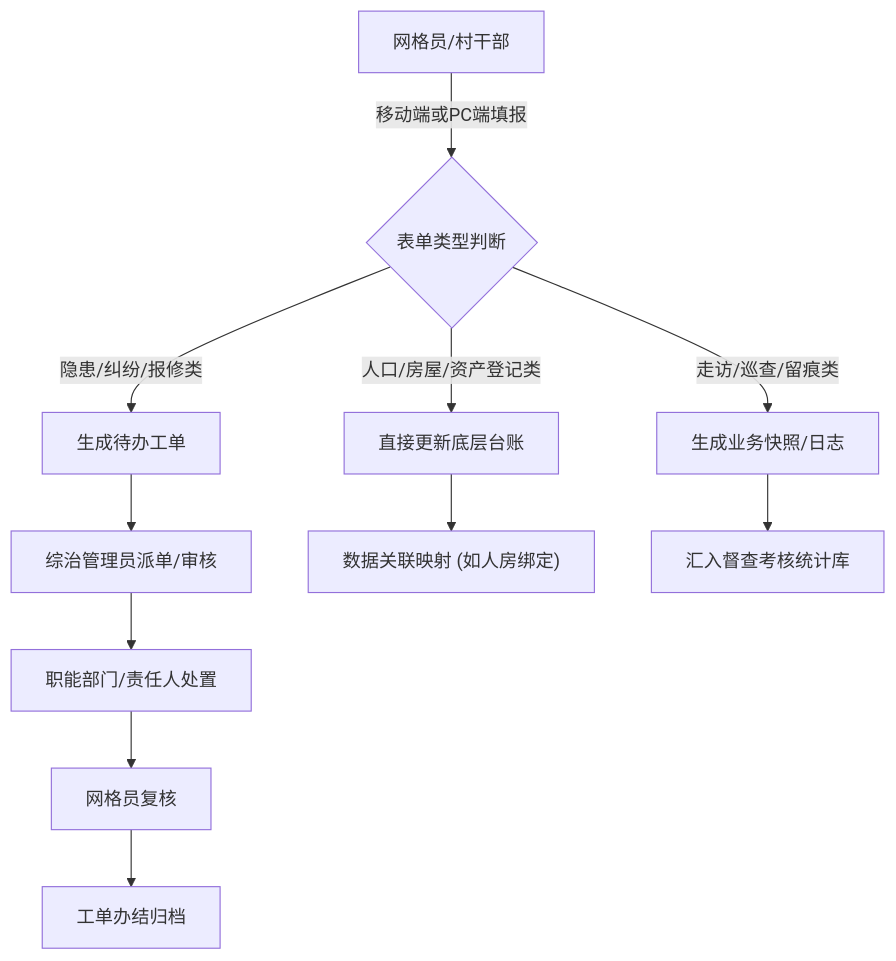
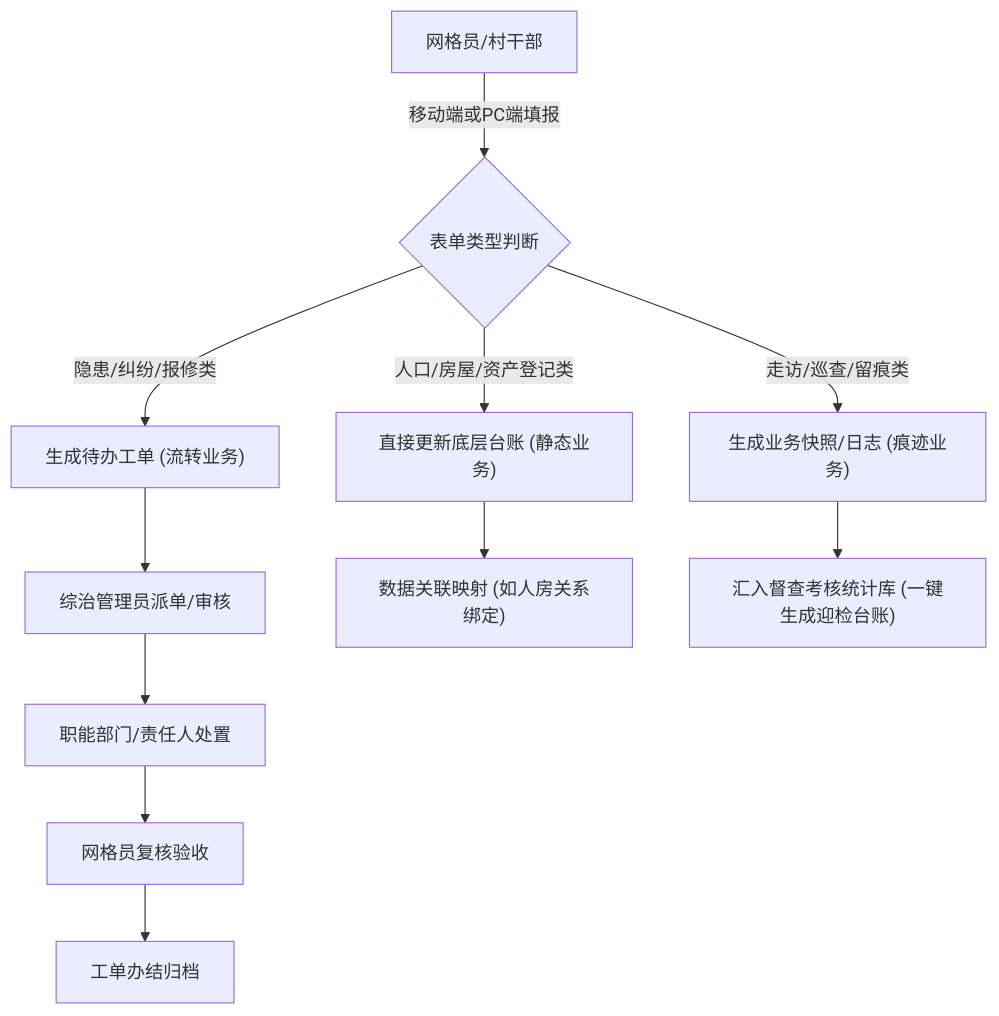
The diagram in prd.md (shouzhiops/mcp-demo-repo), drawn with Mermaid before and after one commit. The commit also changed other lines of this file, not shown here.

````diff
--- a/prd.md
+++ b/prd.md
@@ -51,15 +75,15 @@
 ```mermaid
 graph TD
     A["网格员/村干部"] -->|移动端或PC端填报| B{"表单类型判断"}
-    B -->|隐患/纠纷/报修类| C["生成待办工单"]
-    B -->|人口/房屋/资产登记类| D["直接更新底层台账"]
-    B -->|走访/巡查/留痕类| E["生成业务快照/日志"]
+    B -->|隐患/纠纷/报修类| C["生成待办工单 (流转业务)"]
+    B -->|人口/房屋/资产登记类| D["直接更新底层台账 (静态业务)"]
+    B -->|走访/巡查/留痕类| E["生成业务快照/日志 (痕迹业务)"]
     
     C --> F["综治管理员派单/审核"]
     F --> G["职能部门/责任人处置"]
-    G --> H["网格员复核"]
+    G --> H["网格员复核验收"]
     H --> I["工单办结归档"]
     
-    D --> J["数据关联映射 (如人房绑定)"]
-    E --> K["汇入督查考核统计库"]
+    D --> J["数据关联映射 (如人房关系绑定)"]
+    E --> K["汇入督查考核统计库 (一键生成迎检台账)"]
 ```
````
